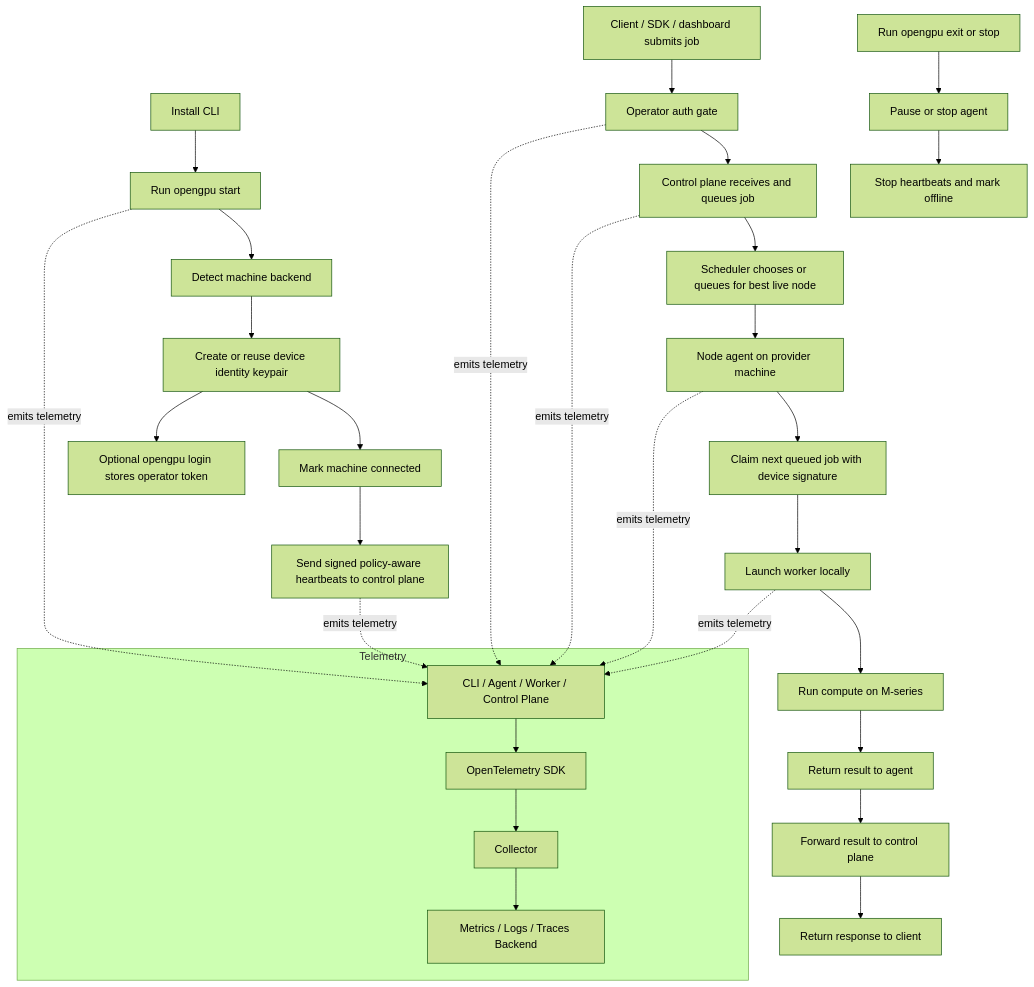
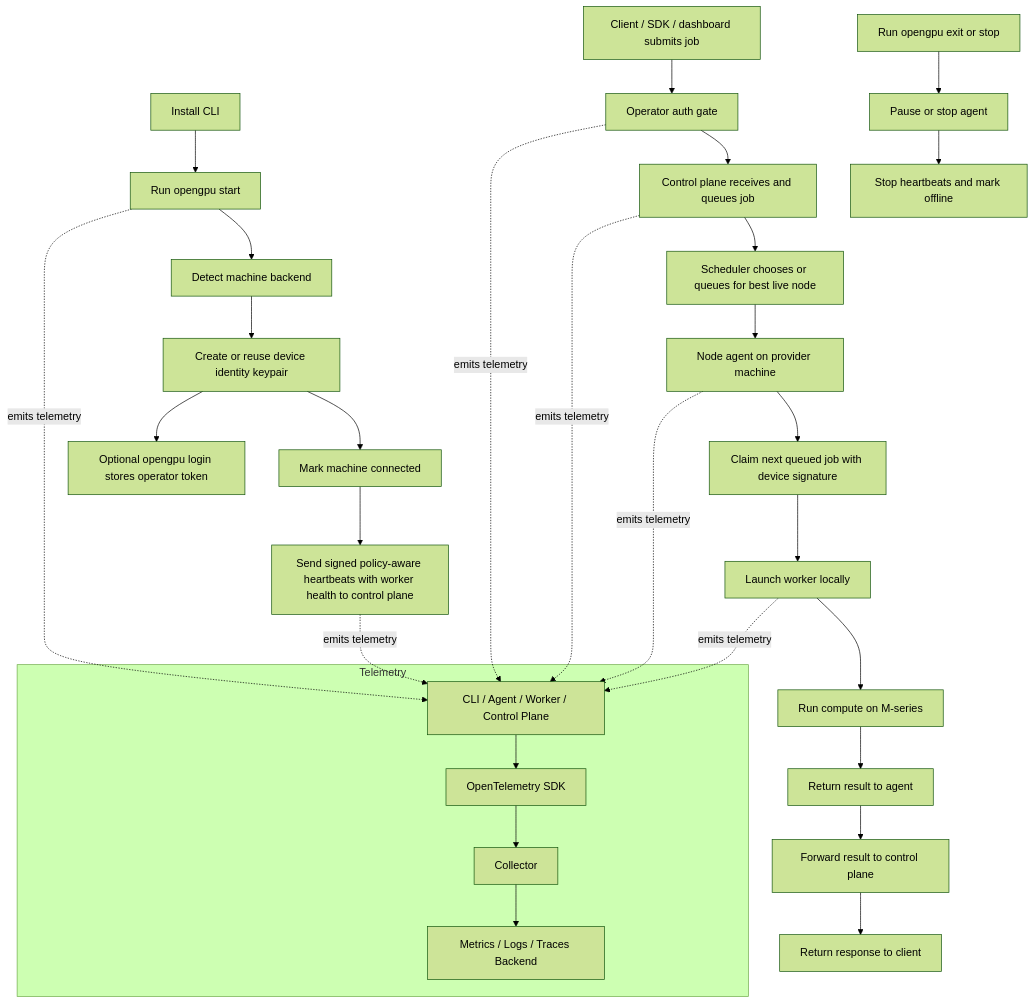
One commit to novusmundus2025/mundusx changed the diagram in docs/system-flow.md. Above: the diagram before and after it, drawn with Mermaid (forest theme). The commit also changed other lines of this file and 12 other files, not shown here.

Commit message:
Propagate worker health through heartbeats

````diff
--- a/docs/system-flow.md
+++ b/docs/system-flow.md
@@ -5,38 +5,38 @@
 ```mermaid
 flowchart TD
     I[Install CLI] --> S[Run opengpu start]
     S --> D[Detect machine backend]
     D --> C[Create or reuse device identity keypair]
     C --> M[Mark machine connected]
     C --> L[Optional opengpu login stores operator token]
-    M --> H[Send signed policy-aware heartbeats to control plane]
+    M --> H[Send signed policy-aware heartbeats with worker health to control plane]
 
     J[Client / SDK / dashboard submits job] --> OP[Operator auth gate]
     OP --> CP[Control plane receives and queues job]
     CP --> SCH[Scheduler chooses or queues for best live node]
     SCH --> A[Node agent on provider machine]
     A --> J2[Claim next queued job with device signature]
     J2 --> W[Launch worker locally]
     W --> X[Run compute on M-series]
     X --> R[Return result to agent]
     R --> CP2[Forward result to control plane]
     CP2 --> O[Return response to client]
 
     subgraph Telemetry
         T[CLI / Agent / Worker / Control Plane]
         OT[OpenTelemetry SDK]
         COL[Collector]
         BK[Metrics / Logs / Traces Backend]
         T --> OT --> COL --> BK
     end
 
     S -. emits telemetry .-> T
     H -. emits telemetry .-> T
     OP -. emits telemetry .-> T
     CP -. emits telemetry .-> T
     A -. emits telemetry .-> T
     W -. emits telemetry .-> T
 
     Z[Run opengpu exit or stop] --> U[Pause or stop agent]
     U --> F[Stop heartbeats and mark offline]
 ```
````
